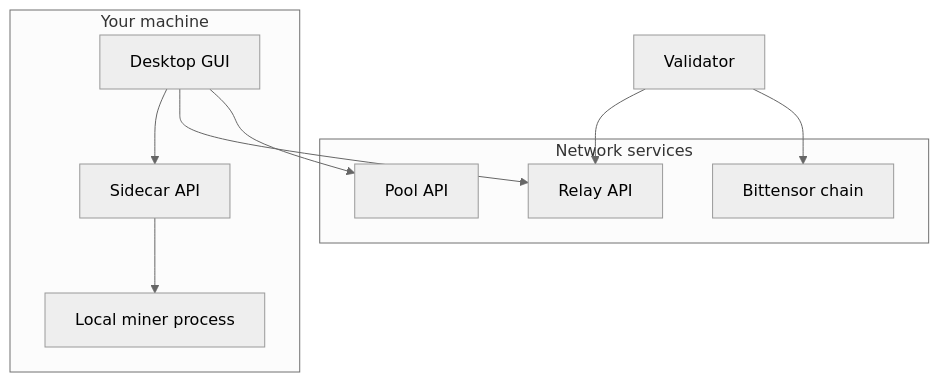
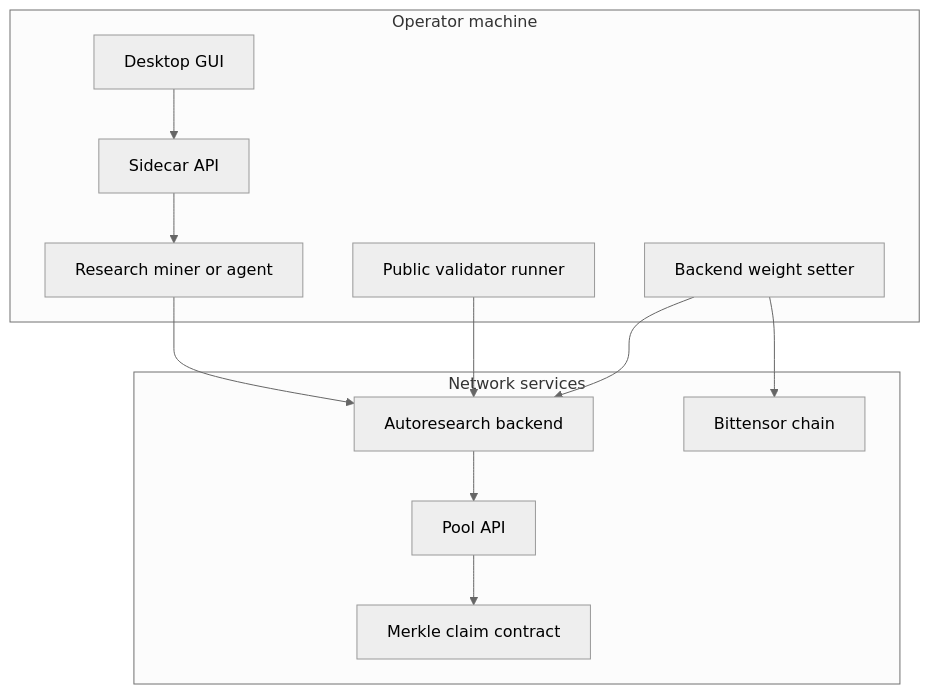
One commit to AlveusLabs/SN94-BitSota changed the third of 3 diagrams in docs/architecture.md. Above: the diagram before and after it, drawn with Mermaid (neutral theme). The commit also changed other lines of this file and 3 other files, not shown here.

````diff
--- a/docs/architecture.md
+++ b/docs/architecture.md
@@ -44,21 +49,26 @@
 ```mermaid
 flowchart TB
-  subgraph Local[Your machine]
+  subgraph Local[Operator machine]
     GUI[Desktop GUI]
     Sidecar[Sidecar API]
-    Miner[Local miner process]
+    Miner[Research miner or agent]
+    Validator[Public validator runner]
+    WeightSetter[Backend weight setter]
     GUI --> Sidecar
     Sidecar --> Miner
   end
 
   subgraph Remote[Network services]
-    Relay[Relay API]
+    Backend[Autoresearch backend]
     PoolAPI[Pool API]
+    Contract[Merkle claim contract]
     Chain[Bittensor chain]
   end
 
-  GUI --> Relay
-  GUI --> PoolAPI
-  Validator[Validator] --> Relay
-  Validator --> Chain
+  Miner --> Backend
+  Validator --> Backend
+  Backend --> PoolAPI
+  PoolAPI --> Contract
+  WeightSetter --> Backend
+  WeightSetter --> Chain
 ```
````
